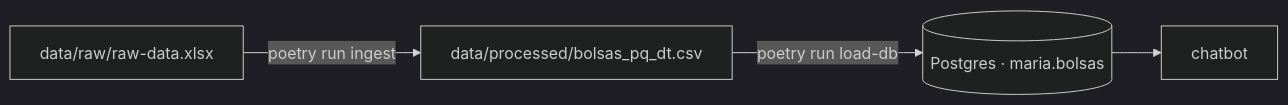
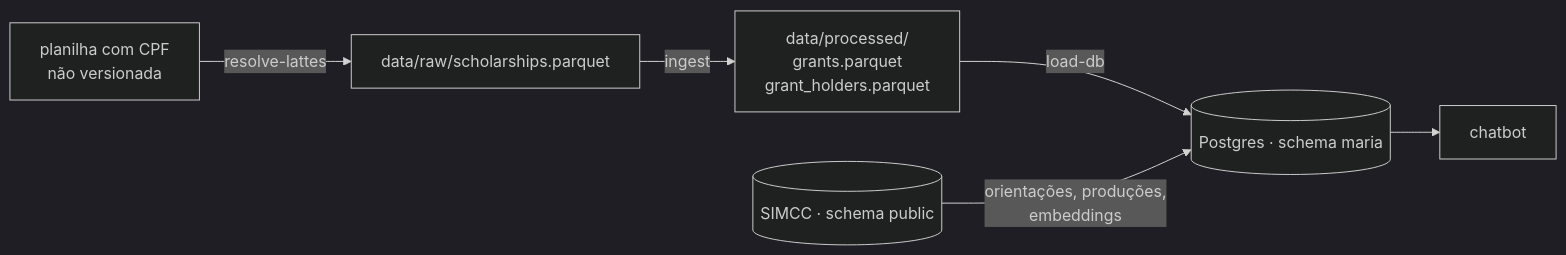
One commit to meirelesgc/simcc-maria changed the diagram in docs/dados/pipeline.md. Above: the diagram before and after it, drawn with Mermaid (dark theme). The commit also changed other lines of this file and 27 other files, not shown here.

First line of the commit message:
Chatbot sobre bolsas por cotas e sua produção no SIMCC

````diff
--- a/docs/dados/pipeline.md
+++ b/docs/dados/pipeline.md
@@ -3,6 +3,8 @@
 ```mermaid
 flowchart LR
-    A[data/raw/raw-data.xlsx] -->|poetry run ingest| B[data/processed/bolsas_pq_dt.csv]
-    B -->|poetry run load-db| C[(Postgres · maria.bolsas)]
-    C --> D[chatbot]
+    X[planilha com CPF<br/>não versionada] -->|resolve-lattes| R[data/raw/scholarships.parquet]
+    R -->|ingest| P[data/processed/<br/>grants.parquet<br/>grant_holders.parquet]
+    P -->|load-db| M[(Postgres · schema maria)]
+    S[(SIMCC · schema public)] -->|orientações, produções,<br/>embeddings| M
+    M --> C[chatbot]
 ```
````
